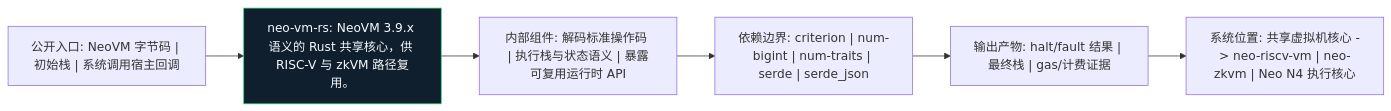
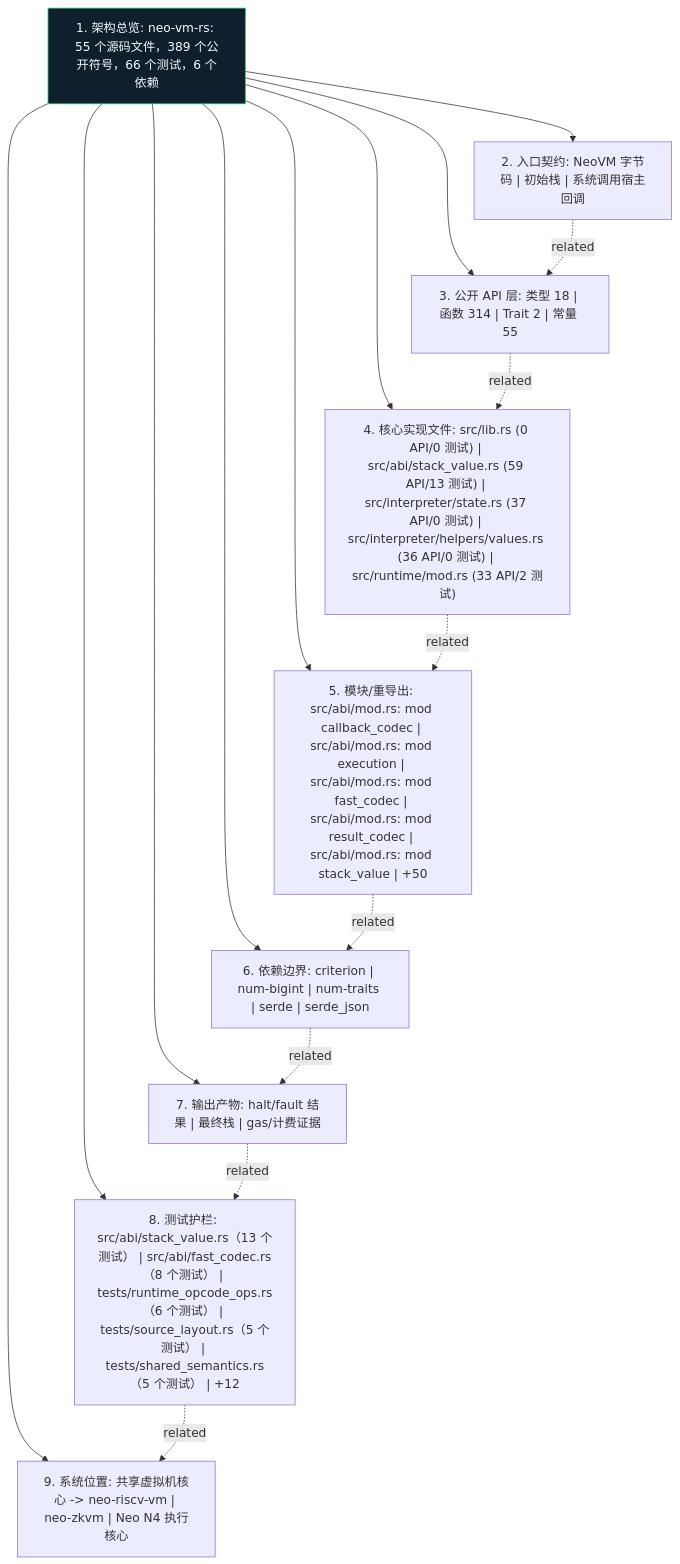
One commit to r3e-network/neo-vm-rs changed the diagram in docs/figures/architecture.zh.mmd. Above: the diagram before and after it, drawn with Mermaid. The commit also changed 43 other files, not shown here.

Commit message:
Deepen crate diagrams with source-aware atlas

```diff
--- a/docs/figures/architecture.zh.mmd
+++ b/docs/figures/architecture.zh.mmd
@@ -1,14 +1,27 @@
-flowchart LR
-    N1["公开入口: NeoVM 字节码 | 初始栈 | 系统调用宿主回调"]
-    N2["neo-vm-rs: NeoVM 3.9.x 语义的 Rust 共享核心，供 RISC-V 与 zkVM 路径复用。"]
-    N3["内部组件: 解码标准操作码 | 执行栈与状态语义 | 暴露可复用运行时 API"]
-    N4["依赖边界: criterion | num-bigint | num-traits | serde | serde_json"]
-    N5["输出产物: halt/fault 结果 | 最终栈 | gas/计费证据"]
-    N6["系统位置: 共享虚拟机核心 -> neo-riscv-vm | neo-zkvm | Neo N4 执行核心"]
+flowchart TB
+    N1["1. 架构总览: neo-vm-rs: 55 个源码文件，389 个公开符号，66 个测试，6 个依赖"]
+    N2["2. 入口契约: NeoVM 字节码 | 初始栈 | 系统调用宿主回调"]
+    N3["3. 公开 API 层: 类型 18 | 函数 314 | Trait 2 | 常量 55"]
+    N4["4. 核心实现文件: src/lib.rs (0 API/0 测试) | src/abi/stack_value.rs (59 API/13 测试) | src/interpreter/state.rs (37 API/0 测试) | src/interpreter/helpers/values.rs (36 API/0 测试) | src/runtime/mod.rs (33 API/2 测试)"]
+    N5["5. 模块/重导出: src/abi/mod.rs: mod callback_codec | src/abi/mod.rs: mod execution | src/abi/mod.rs: mod fast_codec | src/abi/mod.rs: mod result_codec | src/abi/mod.rs: mod stack_value | +50"]
+    N6["6. 依赖边界: criterion | num-bigint | num-traits | serde | serde_json"]
+    N7["7. 输出产物: halt/fault 结果 | 最终栈 | gas/计费证据"]
+    N8["8. 测试护栏: src/abi/stack_value.rs（13 个测试） | src/abi/fast_codec.rs（8 个测试） | tests/runtime_opcode_ops.rs（6 个测试） | tests/source_layout.rs（5 个测试） | tests/shared_semantics.rs（5 个测试） | +12"]
+    N9["9. 系统位置: 共享虚拟机核心 -> neo-riscv-vm | neo-zkvm | Neo N4 执行核心"]
     N1 --> N2
-    N2 --> N3
-    N3 --> N4
-    N4 --> N5
-    N5 --> N6
+    N1 --> N3
+    N1 --> N4
+    N1 --> N5
+    N1 --> N6
+    N1 --> N7
+    N1 --> N8
+    N1 --> N9
+    N2 -. related .-> N3
+    N3 -. related .-> N4
+    N4 -. related .-> N5
+    N5 -. related .-> N6
+    N6 -. related .-> N7
+    N7 -. related .-> N8
+    N8 -. related .-> N9
     classDef crate fill:#101f2d,stroke:#38d978,color:#f6fbff
-    class N2 crate
+    class N1 crate
```
